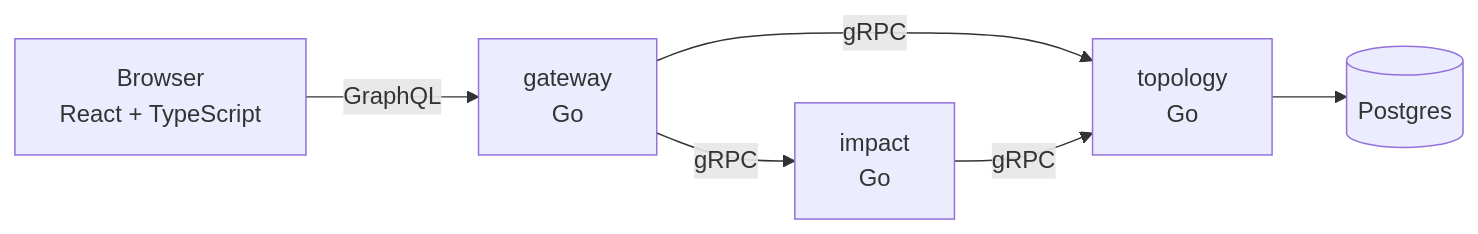
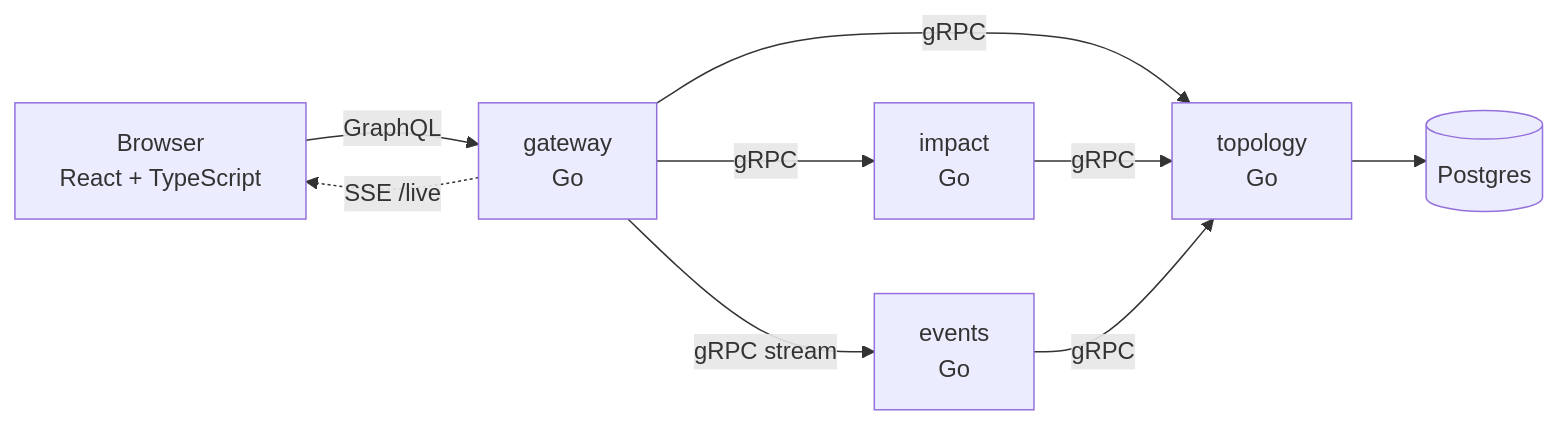
Before and after one commit to vidarMaartensson/Lightpath: the diagram in README.md, drawn with Mermaid. The commit also changed other lines of this file, not shown here.

First line of the commit message:
docs: live mode in the README

````diff
--- a/README.md
+++ b/README.md
@@ -23,8 +27,11 @@
 ```mermaid
 flowchart LR
   B[Browser<br/>React + TypeScript] -- GraphQL --> G[gateway<br/>Go]
+  G -. SSE /live .-> B
   G -- gRPC --> I[impact<br/>Go]
   G -- gRPC --> T[topology<br/>Go]
+  G -- gRPC stream --> E[events<br/>Go]
   I -- gRPC --> T
+  E -- gRPC --> T
   T --> P[(Postgres)]
 ```
````
